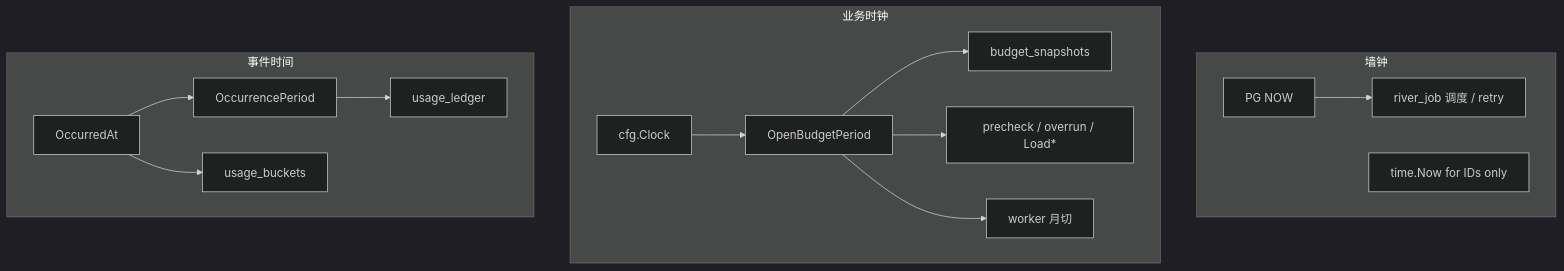
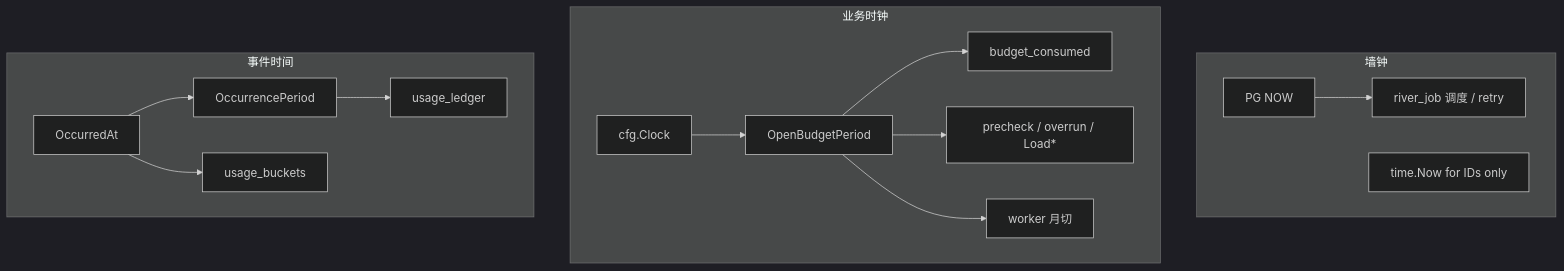
One commit to quyip8818/mytokenjoy changed the fourth of 9 diagrams in docs/Backend-业务时钟与账期.md. Above: the diagram before and after it, drawn with Mermaid (dark theme). The commit also changed other lines of this file and 16 other files, not shown here.

````diff
--- a/docs/Backend-业务时钟与账期.md
+++ b/docs/Backend-业务时钟与账期.md
@@ -83,21 +83,21 @@
 ```mermaid
 flowchart TB
   subgraph wall [墙钟]
     W[PG NOW]
     W --> L[river_job 调度 / retry]
     ID[time.Now for IDs only]
   end
   subgraph biz [业务时钟]
     C[cfg.Clock]
     C --> O[OpenBudgetPeriod]
-    O --> S[budget_snapshots]
+    O --> S[budget_consumed]
     O --> G[precheck / overrun / Load*]
     O --> M[worker 月切]
   end
   subgraph evt [事件时间]
     E[OccurredAt]
     E --> P[OccurrencePeriod]
     P --> U[usage_ledger]
     E --> B[usage_buckets]
   end
 ```
````
